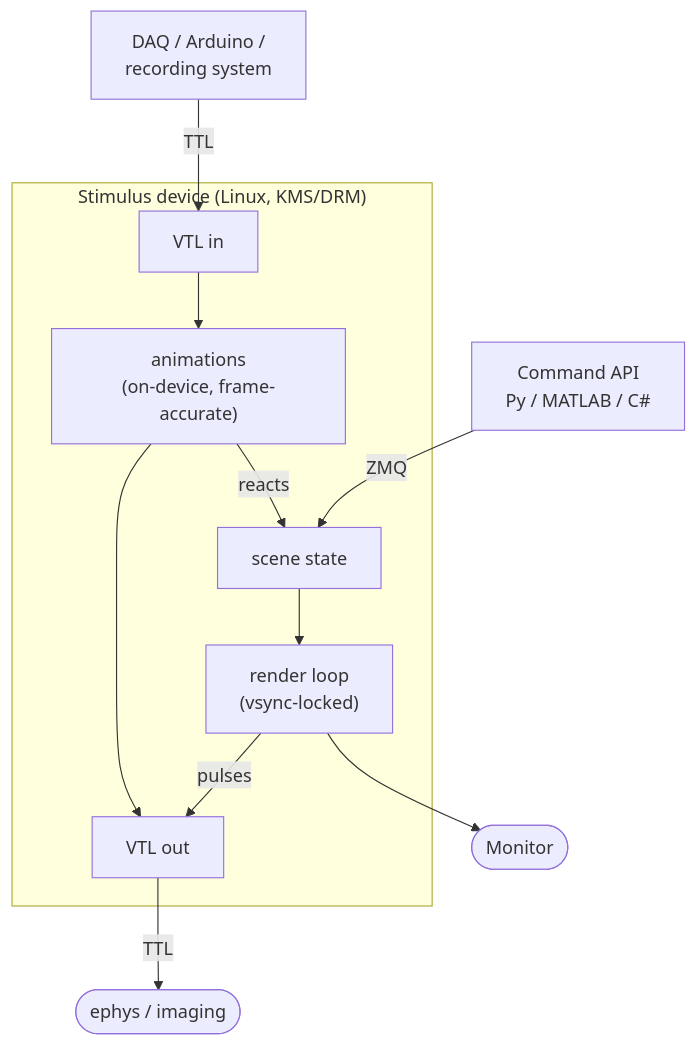
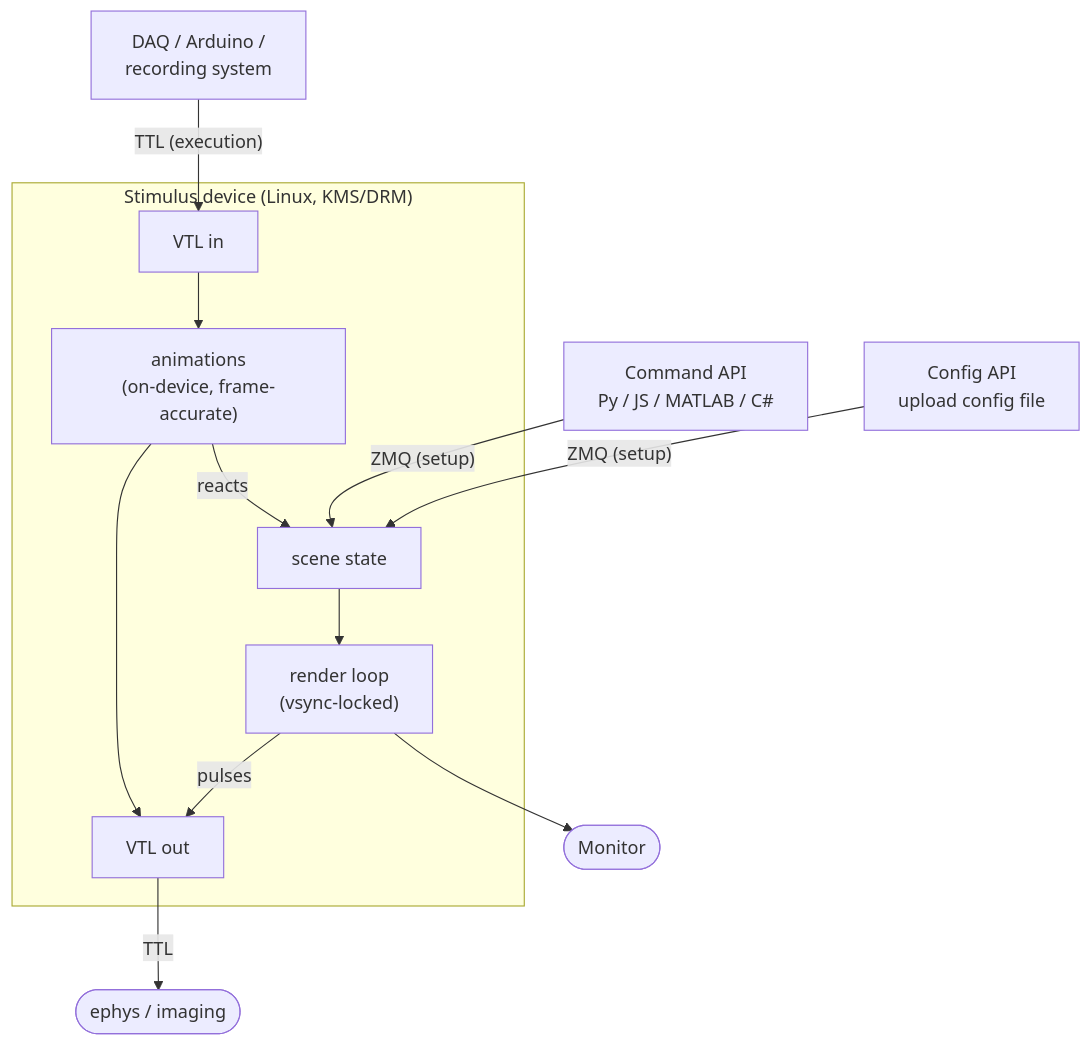
Before and after one commit to braemons/vstimd: the diagram in docs/tutorial/index.md, drawn with Mermaid. The commit also changed other lines of this file and 4 other files, not shown here.

First line of the commit message:
docs: reframe command/config as setup APIs feeding VTL trigger core

````diff
--- a/docs/tutorial/index.md
+++ b/docs/tutorial/index.md
@@ -10,16 +22,18 @@
 ```mermaid
 flowchart TB
-    cmd["Command API<br/>Py / MATLAB / C#"]
+    cmd["Command API<br/>Py / JS / MATLAB / C#"]
+    cfg["Config API<br/>upload config file"]
     daq["DAQ / Arduino /<br/>recording system"]
     subgraph DEV["Stimulus device (Linux, KMS/DRM)"]
         vin["VTL in"] --> anim["animations<br/>(on-device, frame-accurate)"]
         anim -->|reacts| scene["scene state"]
         scene --> loop["render loop<br/>(vsync-locked)"]
         anim --> vout["VTL out"]
         loop -->|pulses| vout
     end
-    cmd -->|ZMQ| scene
-    daq -->|TTL| vin
+    cmd -->|"ZMQ (setup)"| scene
+    cfg -->|"ZMQ (setup)"| scene
+    daq -->|"TTL (execution)"| vin
     loop --> mon([Monitor])
     vout -->|TTL| ephys([ephys / imaging])
 ```
````
